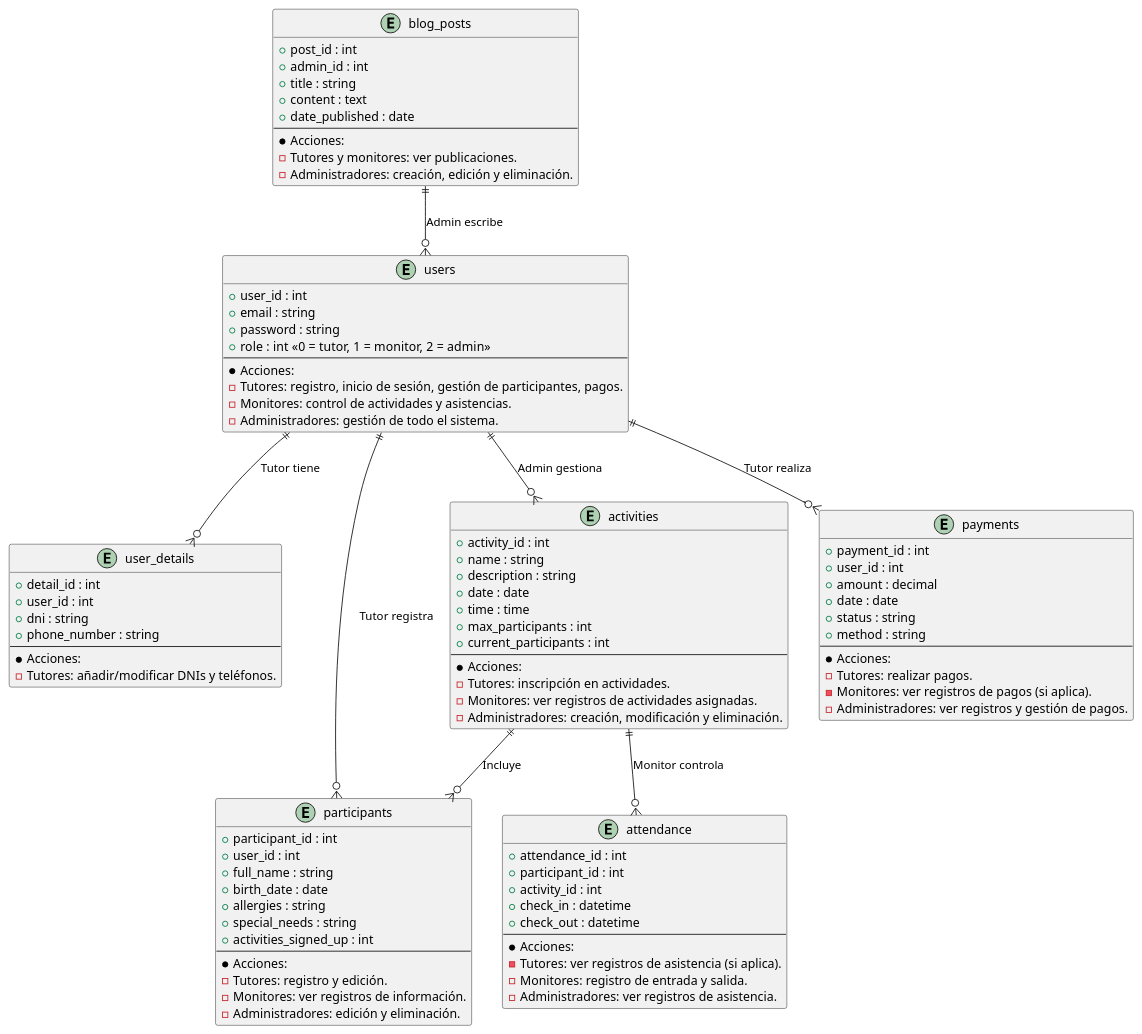
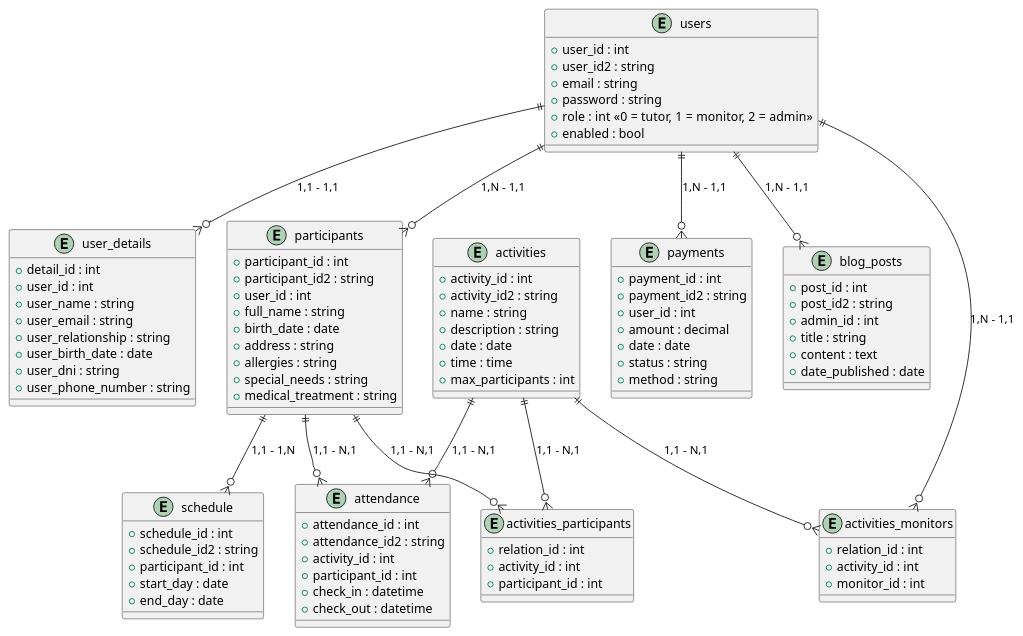
The diagram in documentacion/entidad_relacion.plantuml (DCV05/Proyecto-Integrador), drawn with PlantUML before and after one commit. The commit also changed 42 other files, not shown here.

```diff
--- a/documentacion/entidad_relacion.plantuml
+++ b/documentacion/entidad_relacion.plantuml
@@ -1,104 +1,109 @@
 @startuml Campamento
 
 top to bottom direction
 
 entity "users" as usuarios {
     + user_id : int
+    + user_id2 : string
     + email : string
     + password : string
     + role : int <<0 = tutor, 1 = monitor, 2 = admin>>
-    ---
-    * Acciones:
-      - Tutores: registro, inicio de sesión, gestión de participantes, pagos.
-      - Monitores: control de actividades y asistencias.
-      - Administradores: gestión de todo el sistema.
+    + enabled : bool
 }
 
 entity "user_details" as detalles_usuarios {
     + detail_id : int
     + user_id : int
-    + dni : string
-    + phone_number : string
-    ---
-    * Acciones:
-      - Tutores: añadir/modificar DNIs y teléfonos.
+    + user_name : string
+    + user_email : string
+    + user_relationship : string
+    + user_birth_date : date
+    + user_dni : string
+    + user_phone_number : string
 }
 
 entity "participants" as participantes {
     + participant_id : int
+    + participant_id2 : string
     + user_id : int
     + full_name : string
     + birth_date : date
+    + address : string
     + allergies : string
     + special_needs : string
-    + activities_signed_up : int
-    ---
-    * Acciones:
-      - Tutores: registro y edición.
-      - Monitores: ver registros de información.
-      - Administradores: edición y eliminación.
+    + medical_treatment : string
+}
+
+entity "schedule" as cronograma {
+    + schedule_id : int
+    + schedule_id2 : string
+    + participant_id : int
+    + start_day : date
+    + end_day : date
 }
 
 entity "activities" as actividades {
     + activity_id : int
+    + activity_id2 : string
     + name : string
     + description : string
     + date : date
     + time : time
     + max_participants : int
-    + current_participants : int
-    ---
-    * Acciones:
-      - Tutores: inscripción en actividades.
-      - Monitores: ver registros de actividades asignadas.
-      - Administradores: creación, modificación y eliminación.
+}
+
+entity "activities_monitors" as actividades_monitores {
+    + relation_id : int
+    + activity_id : int
+    + monitor_id : int
+}
+
+entity "activities_participants" as actividades_participantes {
+    + relation_id : int
+    + activity_id : int
+    + participant_id : int
+}
+
+entity "attendance" as asistencias {
+    + attendance_id : int
+    + attendance_id2 : string
+    + activity_id : int
+    + participant_id : int
+    + check_in : datetime
+    + check_out : datetime
 }
 
 entity "payments" as pagos {
     + payment_id : int
+    + payment_id2 : string
     + user_id : int
     + amount : decimal
     + date : date
     + status : string
     + method : string
-    ---
-    * Acciones:
-      - Tutores: realizar pagos.
-      - Monitores: ver registros de pagos (si aplica).
-      - Administradores: ver registros y gestión de pagos.
 }
 
 entity "blog_posts" as publicaciones_blog {
     + post_id : int
+    + post_id2 : string
     + admin_id : int
     + title : string
     + content : text
     + date_published : date
-    ---
-    * Acciones:
-      - Tutores y monitores: ver publicaciones.
-      - Administradores: creación, edición y eliminación.
 }
 
-entity "attendance" as asistencias {
-    + attendance_id : int
-    + participant_id : int
-    + activity_id : int
-    + check_in : datetime
-    + check_out : datetime
-    ---
-    * Acciones:
-      - Tutores: ver registros de asistencia (si aplica).
-      - Monitores: registro de entrada y salida.
-      - Administradores: ver registros de asistencia.
-}
+usuarios ||--o{ detalles_usuarios : "1,1 - 1,1"
+usuarios ||--o{ participantes : "1,N - 1,1"
+usuarios ||--o{ pagos : "1,N - 1,1"
+usuarios ||--o{ actividades_monitores : "1,N - 1,1"
+usuarios ||--o{ publicaciones_blog : "1,N - 1,1"
 
-usuarios ||--o{ detalles_usuarios : "Tutor tiene"
-usuarios ||--o{ participantes : "Tutor registra"
-usuarios ||--o{ pagos : "Tutor realiza"
-usuarios ||--o{ actividades : "Admin gestiona"
-actividades ||--o{ participantes : "Incluye"
-actividades ||--o{ asistencias : "Monitor controla"
-publicaciones_blog ||--o{ usuarios : "Admin escribe"
+participantes ||--o{ cronograma : "1,1 - 1,N"
+participantes ||--o{ actividades_participantes : "1,1 - N,1"
+participantes ||--o{ asistencias : "1,1 - N,1"
+
+actividades ||--o{ actividades_monitores : "1,1 - N,1"
+actividades ||--o{ actividades_participantes : "1,1 - N,1"
+actividades ||--o{ asistencias : "1,1 - N,1"
 
 @enduml
```
